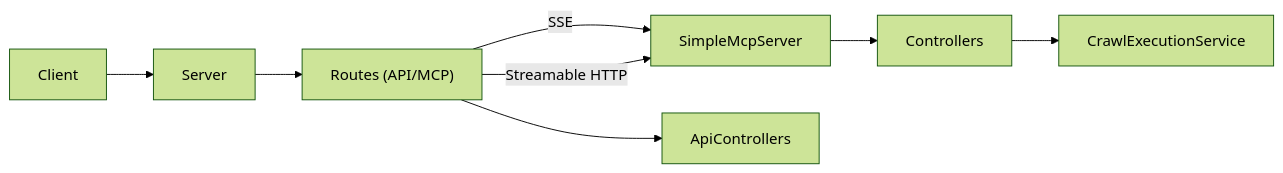
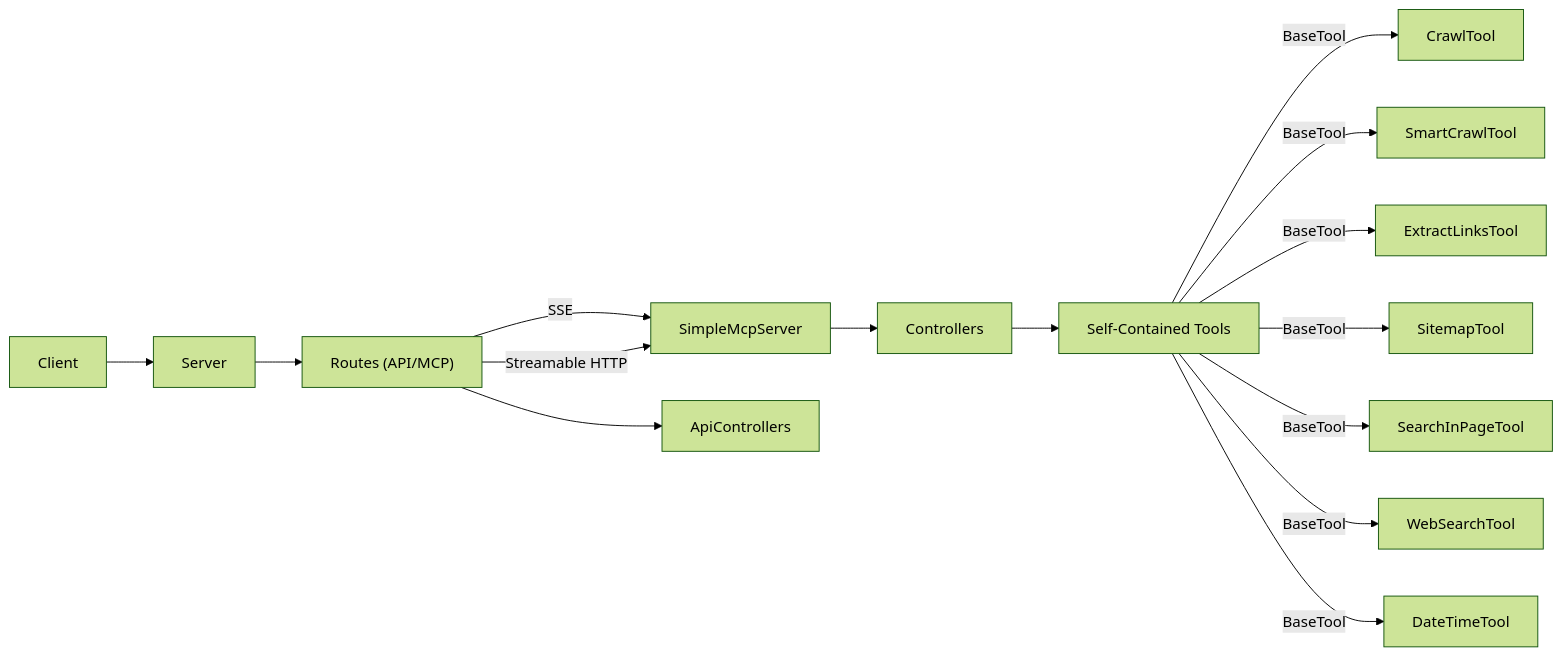
The diagram in README.md (SteffenHebestreit/webcrawl-mcp), drawn with Mermaid (forest theme) before and after one commit. The commit also changed other lines of this file and 33 other files, not shown here.

Commit message:
refactor: migrate to self-contained tool architecture

````diff
--- a/README.md
+++ b/README.md
@@ -399,10 +657,17 @@
 ```mermaid
 graph LR
   Client --> Server
   Server --> Router["Routes (API/MCP)"]
   Router --> |SSE| SimpleMcpServer
   Router --> |Streamable HTTP| SimpleMcpServer
   Router --> ApiControllers
   SimpleMcpServer --> Controllers
-  Controllers --> CrawlExecutionService
+  Controllers --> Tools["Self-Contained Tools"]
+  Tools --> |BaseTool| CrawlTool
+  Tools --> |BaseTool| SmartCrawlTool
+  Tools --> |BaseTool| ExtractLinksTool
+  Tools --> |BaseTool| SitemapTool
+  Tools --> |BaseTool| SearchInPageTool
+  Tools --> |BaseTool| WebSearchTool
+  Tools --> |BaseTool| DateTimeTool
 ```
````
